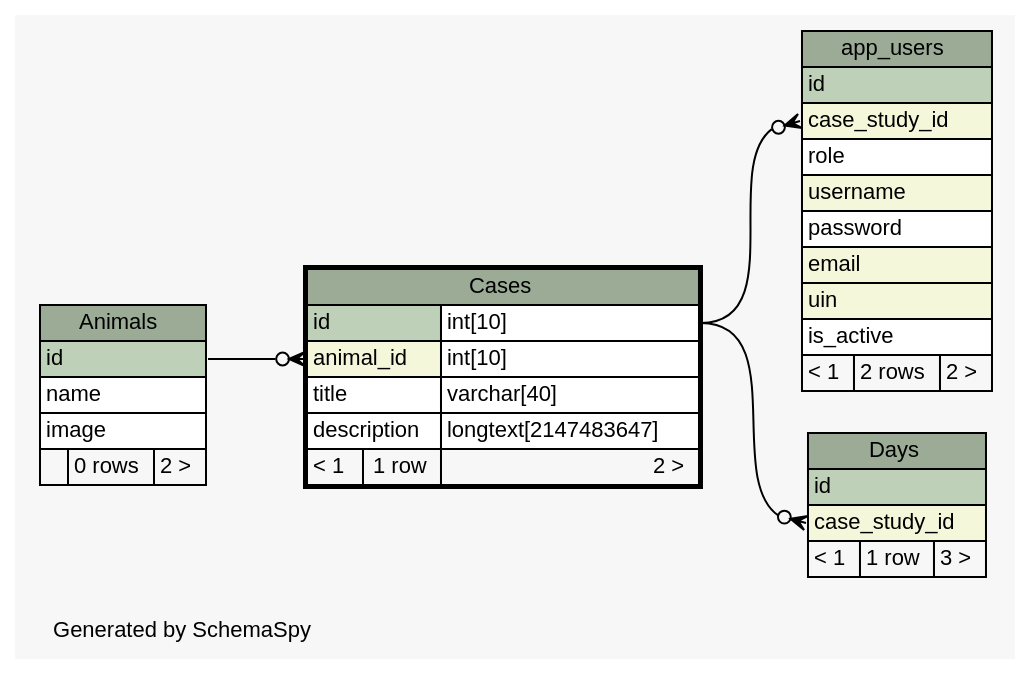
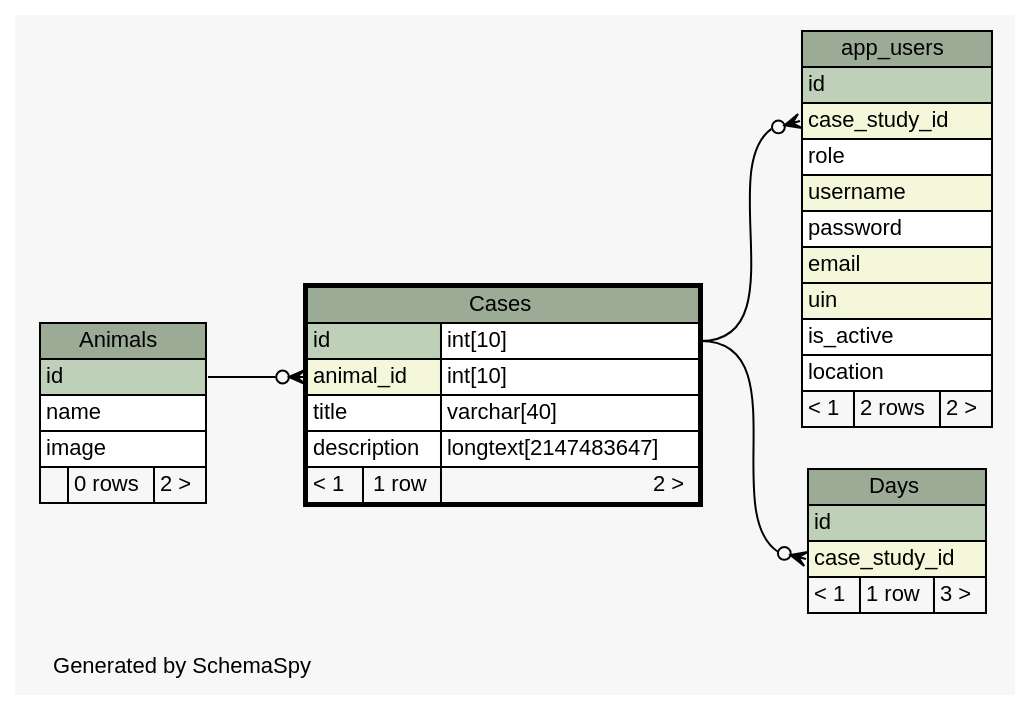
The diagram in web/files/schema/diagrams/Cases.1degree.dot (carrel2/CaseStudies), drawn with Graphviz before and after one commit. The commit also changed 190 other files, not shown here.

```diff
--- a/web/files/schema/diagrams/Cases.1degree.dot
+++ b/web/files/schema/diagrams/Cases.1degree.dot
@@ -1,78 +1,79 @@
 // dot 2.38.0 on Linux 4.4.0-72-generic
 // SchemaSpy rev 590
 digraph "oneDegreeRelationshipsDiagram" {
   graph [
     rankdir="RL"
     bgcolor="#f7f7f7"
     label="\nGenerated by SchemaSpy"
     labeljust="l"
     nodesep="0.18"
     ranksep="0.46"
     fontname="Helvetica"
     fontsize="11"
   ];
   node [
     fontname="Helvetica"
     fontsize="11"
     shape="plaintext"
   ];
   edge [
     arrowsize="0.8"
   ];
   "app_users":"case_study_id":w -> "Cases":"id.type":e [arrowhead=none dir=back arrowtail=crowodot];
   "Cases":"animal_id":w -> "Animals":"id":e [arrowhead=none dir=back arrowtail=crowodot];
   "Days":"case_study_id":w -> "Cases":"id.type":e [arrowhead=none dir=back arrowtail=crowodot];
   "Animals" [
     label=<
     <TABLE BORDER="0" CELLBORDER="1" CELLSPACING="0" BGCOLOR="#ffffff">
       <TR><TD COLSPAN="3" BGCOLOR="#9bab96" ALIGN="CENTER">Animals</TD></TR>
       <TR><TD PORT="id" COLSPAN="3" BGCOLOR="#bed1b8" ALIGN="LEFT">id</TD></TR>
       <TR><TD PORT="name" COLSPAN="3" ALIGN="LEFT">name</TD></TR>
       <TR><TD PORT="image" COLSPAN="3" ALIGN="LEFT">image</TD></TR>
       <TR><TD ALIGN="LEFT" BGCOLOR="#f7f7f7">  </TD><TD ALIGN="RIGHT" BGCOLOR="#f7f7f7">0 rows</TD><TD ALIGN="RIGHT" BGCOLOR="#f7f7f7">2 &gt;</TD></TR>
     </TABLE>>
     URL="Animals.html"
     tooltip="Animals"
   ];
   "app_users" [
     label=<
     <TABLE BORDER="0" CELLBORDER="1" CELLSPACING="0" BGCOLOR="#ffffff">
       <TR><TD COLSPAN="3" BGCOLOR="#9bab96" ALIGN="CENTER">app_users</TD></TR>
       <TR><TD PORT="id" COLSPAN="3" BGCOLOR="#bed1b8" ALIGN="LEFT">id</TD></TR>
       <TR><TD PORT="case_study_id" COLSPAN="3" BGCOLOR="#f4f7da" ALIGN="LEFT">case_study_id</TD></TR>
       <TR><TD PORT="role" COLSPAN="3" ALIGN="LEFT">role</TD></TR>
       <TR><TD PORT="username" COLSPAN="3" BGCOLOR="#f4f7da" ALIGN="LEFT">username</TD></TR>
       <TR><TD PORT="password" COLSPAN="3" ALIGN="LEFT">password</TD></TR>
       <TR><TD PORT="email" COLSPAN="3" BGCOLOR="#f4f7da" ALIGN="LEFT">email</TD></TR>
       <TR><TD PORT="uin" COLSPAN="3" BGCOLOR="#f4f7da" ALIGN="LEFT">uin</TD></TR>
       <TR><TD PORT="is_active" COLSPAN="3" ALIGN="LEFT">is_active</TD></TR>
+      <TR><TD PORT="location" COLSPAN="3" ALIGN="LEFT">location</TD></TR>
       <TR><TD ALIGN="LEFT" BGCOLOR="#f7f7f7">&lt; 1</TD><TD ALIGN="RIGHT" BGCOLOR="#f7f7f7">2 rows</TD><TD ALIGN="RIGHT" BGCOLOR="#f7f7f7">2 &gt;</TD></TR>
     </TABLE>>
     URL="app_users.html"
     tooltip="app_users"
   ];
   "Cases" [
     label=<
     <TABLE BORDER="2" CELLBORDER="1" CELLSPACING="0" BGCOLOR="#ffffff">
       <TR><TD COLSPAN="3" BGCOLOR="#9bab96" ALIGN="CENTER">Cases</TD></TR>
       <TR><TD PORT="id" COLSPAN="2" BGCOLOR="#bed1b8" ALIGN="LEFT">id</TD><TD PORT="id.type" ALIGN="LEFT">int[10]</TD></TR>
       <TR><TD PORT="animal_id" COLSPAN="2" BGCOLOR="#f4f7da" ALIGN="LEFT">animal_id</TD><TD PORT="animal_id.type" ALIGN="LEFT">int[10]</TD></TR>
       <TR><TD PORT="title" COLSPAN="2" ALIGN="LEFT">title</TD><TD PORT="title.type" ALIGN="LEFT">varchar[40]</TD></TR>
       <TR><TD PORT="description" COLSPAN="2" ALIGN="LEFT">description</TD><TD PORT="description.type" ALIGN="LEFT">longtext[2147483647]</TD></TR>
       <TR><TD ALIGN="LEFT" BGCOLOR="#f7f7f7">&lt; 1</TD><TD ALIGN="RIGHT" BGCOLOR="#f7f7f7">1 row</TD><TD ALIGN="RIGHT" BGCOLOR="#f7f7f7">2 &gt;</TD></TR>
     </TABLE>>
     URL="Cases.html"
     tooltip="Cases"
   ];
   "Days" [
     label=<
     <TABLE BORDER="0" CELLBORDER="1" CELLSPACING="0" BGCOLOR="#ffffff">
       <TR><TD COLSPAN="3" BGCOLOR="#9bab96" ALIGN="CENTER">Days</TD></TR>
       <TR><TD PORT="id" COLSPAN="3" BGCOLOR="#bed1b8" ALIGN="LEFT">id</TD></TR>
       <TR><TD PORT="case_study_id" COLSPAN="3" BGCOLOR="#f4f7da" ALIGN="LEFT">case_study_id</TD></TR>
       <TR><TD ALIGN="LEFT" BGCOLOR="#f7f7f7">&lt; 1</TD><TD ALIGN="RIGHT" BGCOLOR="#f7f7f7">1 row</TD><TD ALIGN="RIGHT" BGCOLOR="#f7f7f7">3 &gt;</TD></TR>
     </TABLE>>
     URL="Days.html"
     tooltip="Days"
   ];
 }
```
